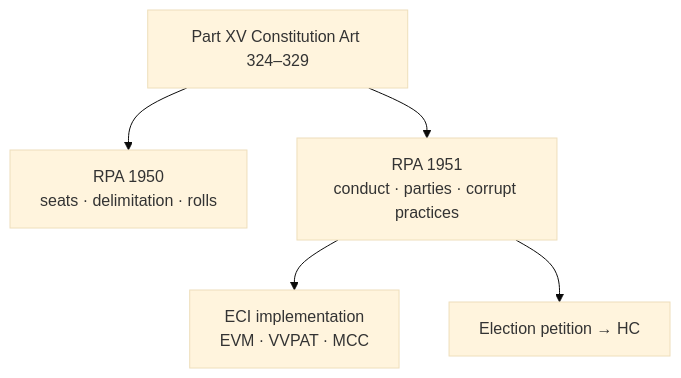
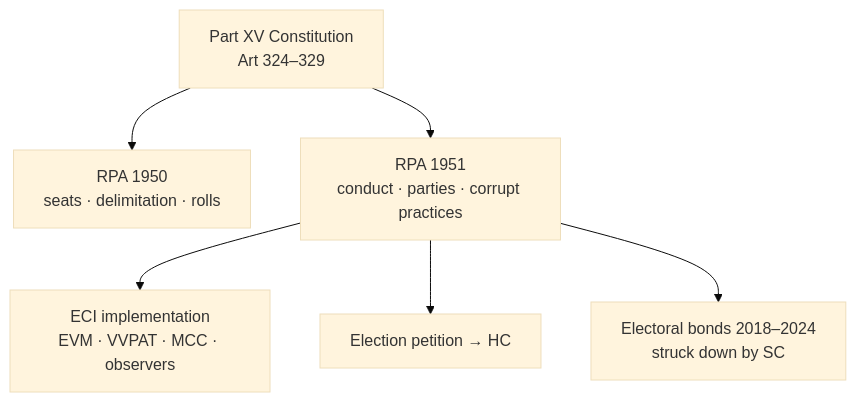
One commit to nitishpratap/UP-PCS changed the diagram in mains-pyqs/GS-2/Polity_Constitution/08_RPA_Representation_Peoples_Act.md. Above: the diagram before and after it, drawn with Mermaid (base theme). The commit also changed other lines of this file and 97 other files, not shown here.

````diff
--- a/mains-pyqs/GS-2/Polity_Constitution/08_RPA_Representation_Peoples_Act.md
+++ b/mains-pyqs/GS-2/Polity_Constitution/08_RPA_Representation_Peoples_Act.md
@@ -123,7 +142,8 @@
 ```mermaid
 flowchart TD
-  C[Part XV Constitution Art 324–329] --> R50[RPA 1950<br/>seats · delimitation · rolls]
+  C[Part XV Constitution<br/>Art 324–329] --> R50[RPA 1950<br/>seats · delimitation · rolls]
   C --> R51[RPA 1951<br/>conduct · parties · corrupt practices]
-  R51 --> ECI[ECI implementation<br/>EVM · VVPAT · MCC]
+  R51 --> ECI[ECI implementation<br/>EVM · VVPAT · MCC · observers]
   R51 --> EP[Election petition → HC]
+  R51 --> EB[Electoral bonds 2018–2024<br/>struck down by SC]
 ```
````
